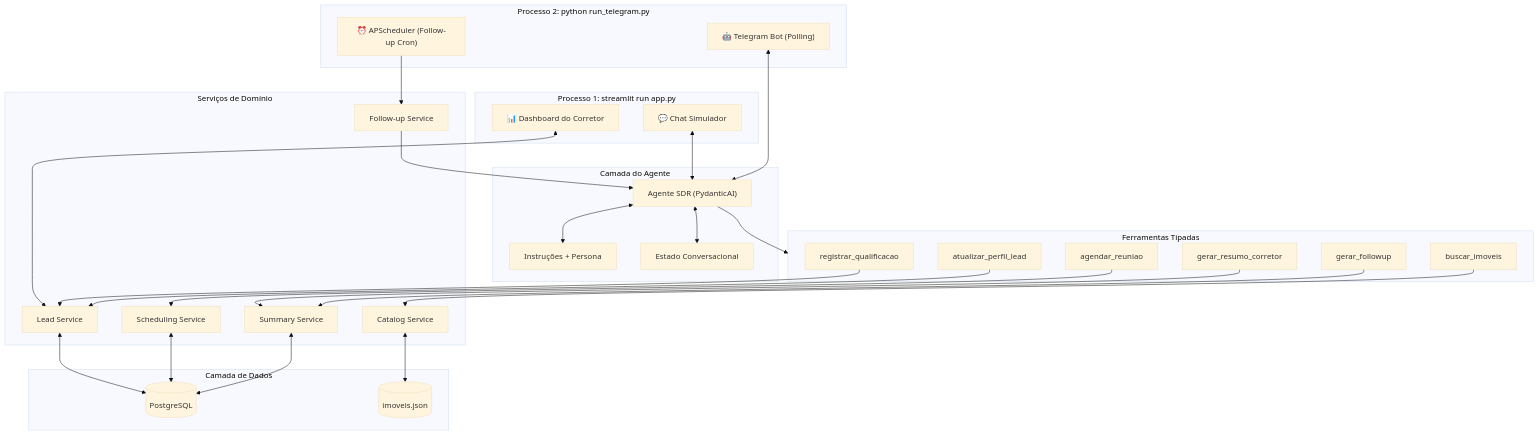
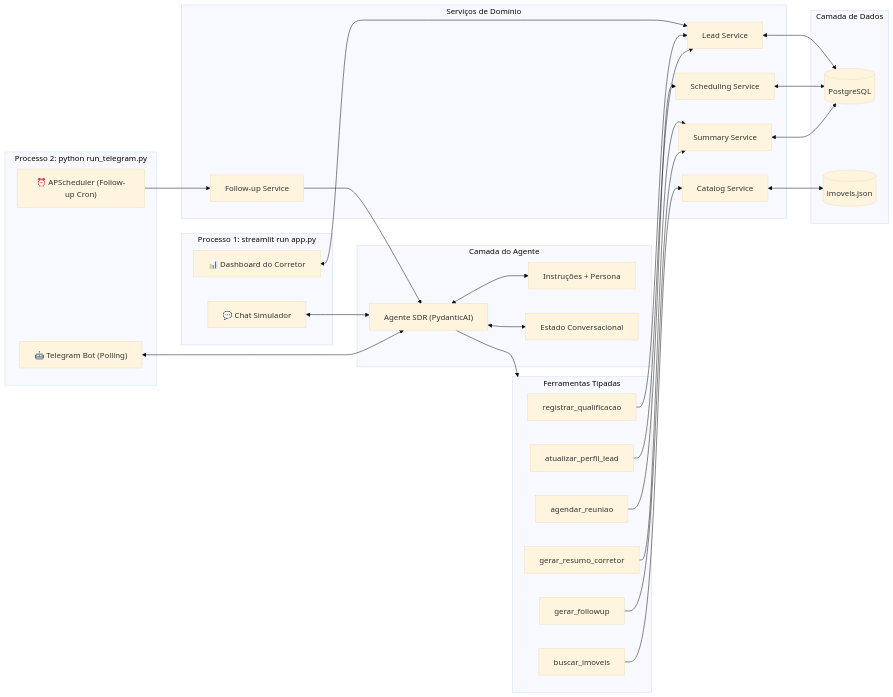
One commit to luizaaca/agente_imobiliario changed the diagram in PLANO_DE_IMPLEMENTACAO.md. Above: the diagram before and after it, drawn with Mermaid (base theme). The commit also changed other lines of this file and 6 other files, not shown here.

````diff
--- a/PLANO_DE_IMPLEMENTACAO.md
+++ b/PLANO_DE_IMPLEMENTACAO.md
@@ -143,59 +143,59 @@
 ```mermaid
-flowchart TD
+flowchart LR
     subgraph Proc1 ["Processo 1: streamlit run app.py"]
         ChatTab["💬 Chat Simulador"]
         DashTab["📊 Dashboard do Corretor"]
     end
 
     subgraph Proc2 ["Processo 2: python run_telegram.py"]
         TgBot["🤖 Telegram Bot (Polling)"]
         Scheduler["⏰ APScheduler (Follow-up Cron)"]
     end
 
     subgraph Agent ["Camada do Agente"]
         SDRAgent["Agente SDR (PydanticAI)"]
         Prompt["Instruções + Persona"]
         State["Estado Conversacional"]
     end
 
     subgraph Tools ["Ferramentas Tipadas"]
         Buscar["buscar_imoveis"]
         Qualificar["registrar_qualificacao"]
         PerfilTool["atualizar_perfil_lead"]
         Agendar["agendar_reuniao"]
         Resumo["gerar_resumo_corretor"]
         FollowUp["gerar_followup"]
     end
 
     subgraph Services ["Serviços de Domínio"]
         CatalogService["Catalog Service"]
         LeadService["Lead Service"]
         SchedulingService["Scheduling Service"]
         SummaryService["Summary Service"]
         FollowUpService["Follow-up Service"]
     end
 
     subgraph Data ["Camada de Dados"]
         DB[("PostgreSQL")]
         Catalog[("imoveis.json")]
     end
 
     ChatTab <--> SDRAgent
     TgBot <--> SDRAgent
     Scheduler --> FollowUpService
     DashTab <--> LeadService
     SDRAgent <--> Prompt
     SDRAgent <--> State
     SDRAgent --> Tools
     Buscar --> CatalogService
     Qualificar --> LeadService
     PerfilTool --> LeadService
     Agendar --> SchedulingService
     Resumo --> SummaryService
     FollowUp --> SummaryService
     FollowUpService --> SDRAgent
     CatalogService <--> Catalog
     LeadService <--> DB
     SchedulingService <--> DB
     SummaryService <--> DB
 ```
````
